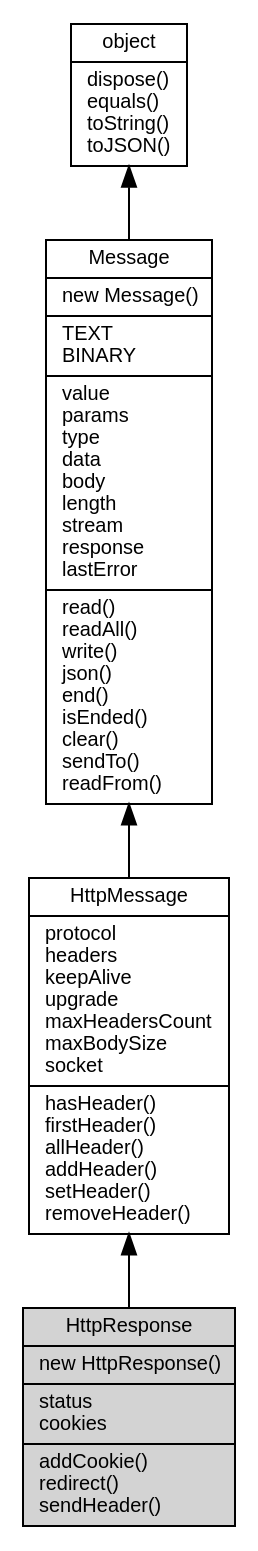
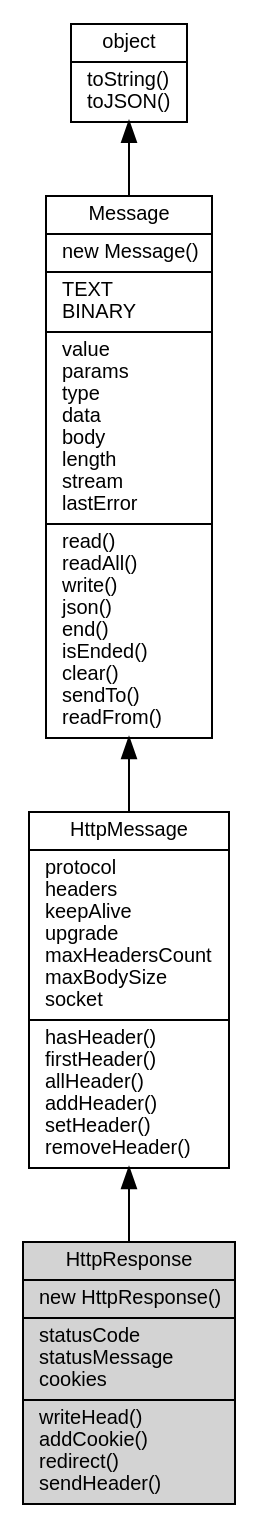
One commit to asionius/fibjs-ceph changed the diagram in docs/object/ifs/HttpResponse.md. Above: the diagram before and after it, drawn with Graphviz. The commit also changed other lines of this file and 138 other files, not shown here.

````diff
--- a/docs/object/ifs/HttpResponse.md
+++ b/docs/object/ifs/HttpResponse.md
@@ -5,14 +5,14 @@
 ```dot
 digraph {
     node [fontname="Helvetica,sans-Serif", fontsize=10, shape="record", style="filled", fillcolor="white"];
 
-    object [tooltip="object", URL="object.md", label="{object|dispose()\lequals()\ltoString()\ltoJSON()\l}"];
-    Message [tooltip="Message", URL="Message.md", label="{Message|new Message()\l|TEXT\lBINARY\l|value\lparams\ltype\ldata\lbody\llength\lstream\lresponse\llastError\l|read()\lreadAll()\lwrite()\ljson()\lend()\lisEnded()\lclear()\lsendTo()\lreadFrom()\l}"];
+    object [tooltip="object", URL="object.md", label="{object|toString()\ltoJSON()\l}"];
+    Message [tooltip="Message", URL="Message.md", label="{Message|new Message()\l|TEXT\lBINARY\l|value\lparams\ltype\ldata\lbody\llength\lstream\llastError\l|read()\lreadAll()\lwrite()\ljson()\lend()\lisEnded()\lclear()\lsendTo()\lreadFrom()\l}"];
     HttpMessage [tooltip="HttpMessage", URL="HttpMessage.md", label="{HttpMessage|protocol\lheaders\lkeepAlive\lupgrade\lmaxHeadersCount\lmaxBodySize\lsocket\l|hasHeader()\lfirstHeader()\lallHeader()\laddHeader()\lsetHeader()\lremoveHeader()\l}"];
-    HttpResponse [tooltip="HttpResponse", fillcolor="lightgray", label="{HttpResponse|new HttpResponse()\l|status\lcookies\l|addCookie()\lredirect()\lsendHeader()\l}"];
+    HttpResponse [tooltip="HttpResponse", fillcolor="lightgray", id="me", label="{HttpResponse|new HttpResponse()\l|statusCode\lstatusMessage\lcookies\l|writeHead()\laddCookie()\lredirect()\lsendHeader()\l}"];
 
     object -> Message [dir=back];
     Message -> HttpMessage [dir=back];
     HttpMessage -> HttpResponse [dir=back];
 }
 ```
````
